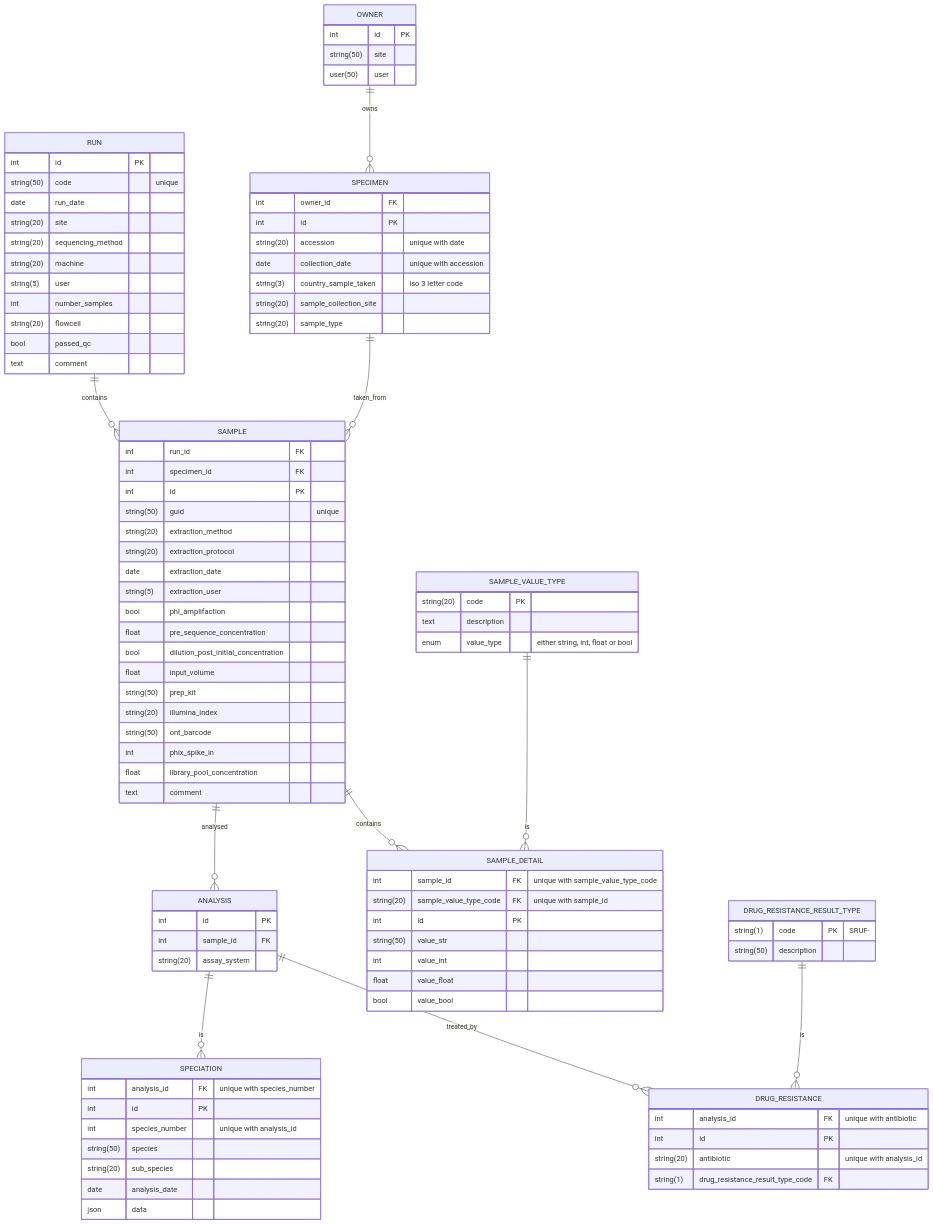
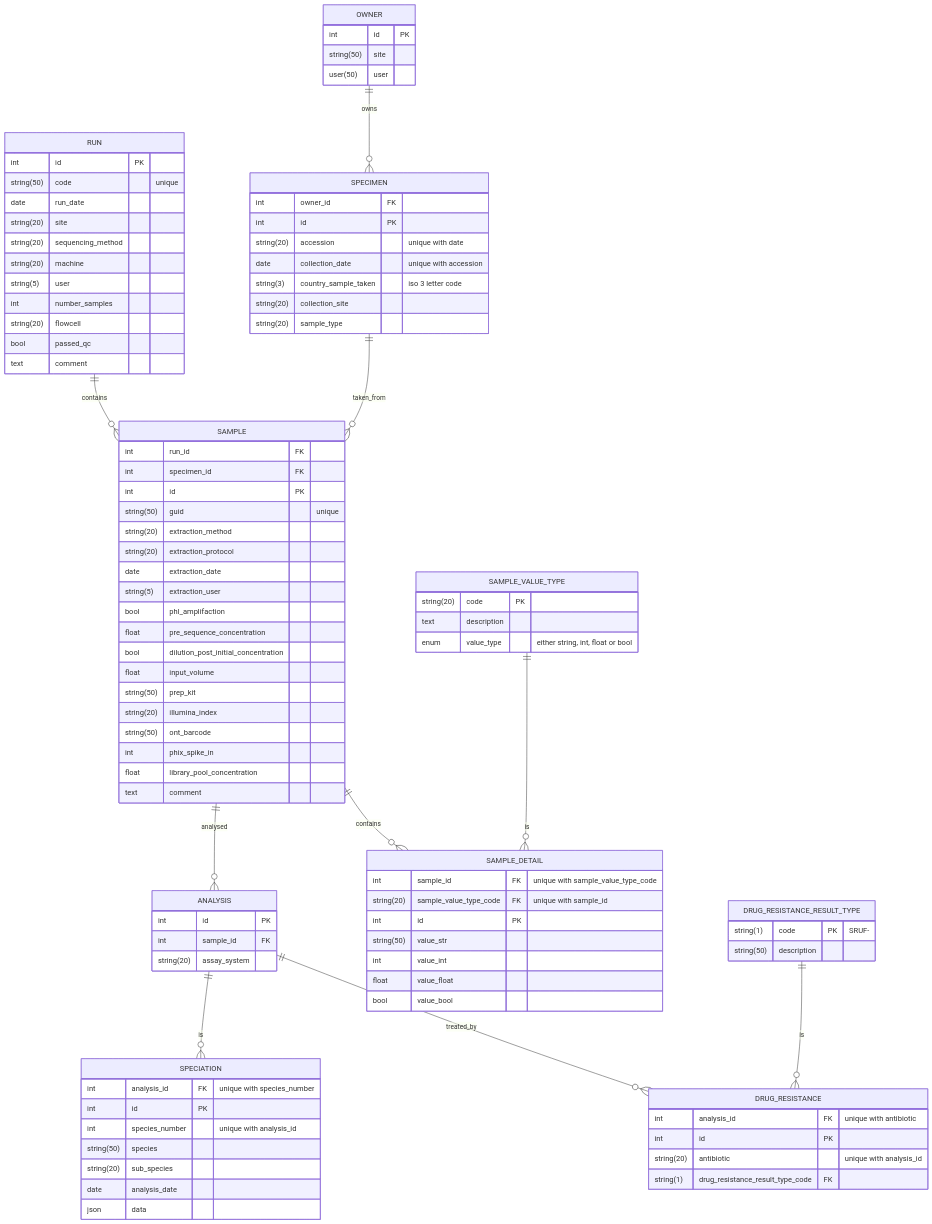
Before and after one commit to oxfordmmm/gpas_local_db: the diagram in docs/database-layout.md, drawn with Mermaid.

Commit message:
change sample_collection_site to collection_site to avoid confusion

```diff
--- a/docs/database-layout.md
+++ b/docs/database-layout.md
@@ -28,7 +28,7 @@
         string(20) accession "unique with date"
         date collection_date "unique with accession"
         string(3) country_sample_taken "iso 3 letter code"
-        string(20) sample_collection_site
+        string(20) collection_site
         string(20) sample_type 
     }
 
```
